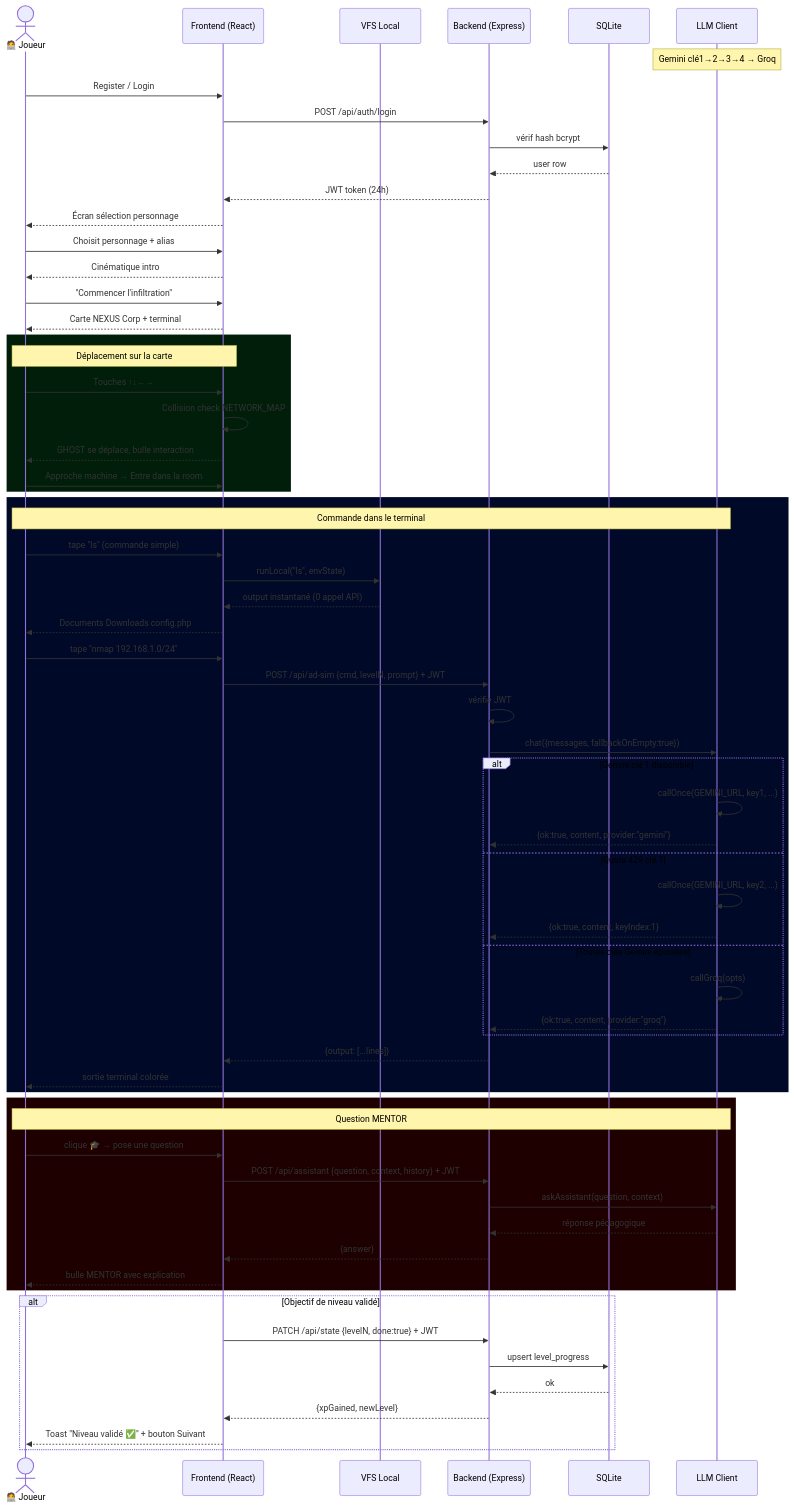
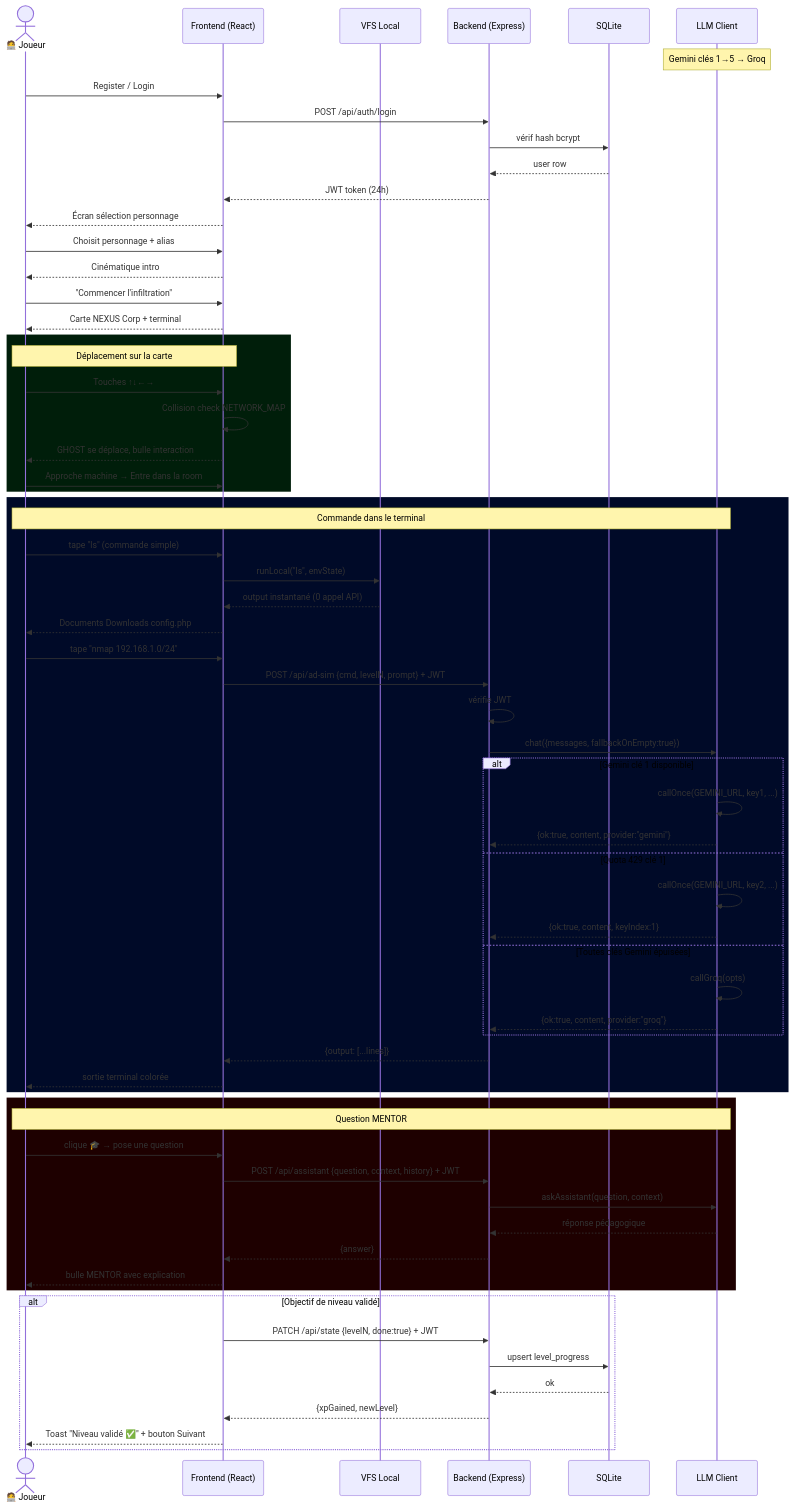
The second of 2 diagrams in README.md (JamaiAli/CyberquestProject), drawn with Mermaid before and after one commit. The commit also changed other lines of this file, not shown here.

First line of the commit message:
docs: simplifie et fiabilise le diagramme d architecture

````diff
--- a/README.md
+++ b/README.md
@@ -215,76 +125,76 @@
 ```mermaid
 sequenceDiagram
     actor P as 🧑‍💻 Joueur
     participant FE  as Frontend (React)
     participant VFS as VFS Local
     participant BE  as Backend (Express)
     participant DB  as SQLite
     participant LLM as LLM Client
 
-    note over LLM: Gemini clé1→2→3→4 → Groq
+    note over LLM: Gemini clés 1→5 → Groq
 
     P->>FE: Register / Login
     FE->>BE: POST /api/auth/login
     BE->>DB: vérif hash bcrypt
     DB-->>BE: user row
     BE-->>FE: JWT token (24h)
     FE-->>P: Écran sélection personnage
 
     P->>FE: Choisit personnage + alias
     FE-->>P: Cinématique intro
     P->>FE: "Commencer l'infiltration"
     FE-->>P: Carte NEXUS Corp + terminal
 
     rect rgb(0, 30, 10)
         note over P,FE: Déplacement sur la carte
         P->>FE: Touches ↑↓←→
         FE->>FE: Collision check NETWORK_MAP
         FE-->>P: GHOST se déplace, bulle interaction
         P->>FE: Approche machine → Entre dans la room
     end
 
     rect rgb(0, 10, 40)
         note over P,LLM: Commande dans le terminal
         P->>FE: tape "ls" (commande simple)
         FE->>VFS: runLocal("ls", envState)
         VFS-->>FE: output instantané (0 appel API)
         FE-->>P: Documents  Downloads  config.php
 
         P->>FE: tape "nmap 192.168.1.0/24"
         FE->>BE: POST /api/ad-sim {cmd, levelN, prompt} + JWT
         BE->>BE: vérifie JWT
         BE->>LLM: chat({messages, fallbackOnEmpty:true})
 
         alt Gemini clé 1 disponible
             LLM->>LLM: callOnce(GEMINI_URL, key1, ...)
             LLM-->>BE: {ok:true, content, provider:"gemini"}
         else Quota 429 clé 1
             LLM->>LLM: callOnce(GEMINI_URL, key2, ...)
             LLM-->>BE: {ok:true, content, keyIndex:1}
         else Toutes clés Gemini épuisées
             LLM->>LLM: callGroq(opts)
             LLM-->>BE: {ok:true, content, provider:"groq"}
         end
 
         BE-->>FE: {output: [...lines]}
         FE-->>P: sortie terminal colorée
     end
 
     rect rgb(30, 0, 0)
         note over P,LLM: Question MENTOR
         P->>FE: clique 🎓 → pose une question
         FE->>BE: POST /api/assistant {question, context, history} + JWT
         BE->>LLM: askAssistant(question, context)
         LLM-->>BE: réponse pédagogique
         BE-->>FE: {answer}
         FE-->>P: bulle MENTOR avec explication
     end
 
     alt Objectif de niveau validé
         FE->>BE: PATCH /api/state {levelN, done:true} + JWT
         BE->>DB: upsert level_progress
         DB-->>BE: ok
         BE-->>FE: {xpGained, newLevel}
         FE-->>P: Toast "Niveau validé ✅" + bouton Suivant
     end
 ```
````
